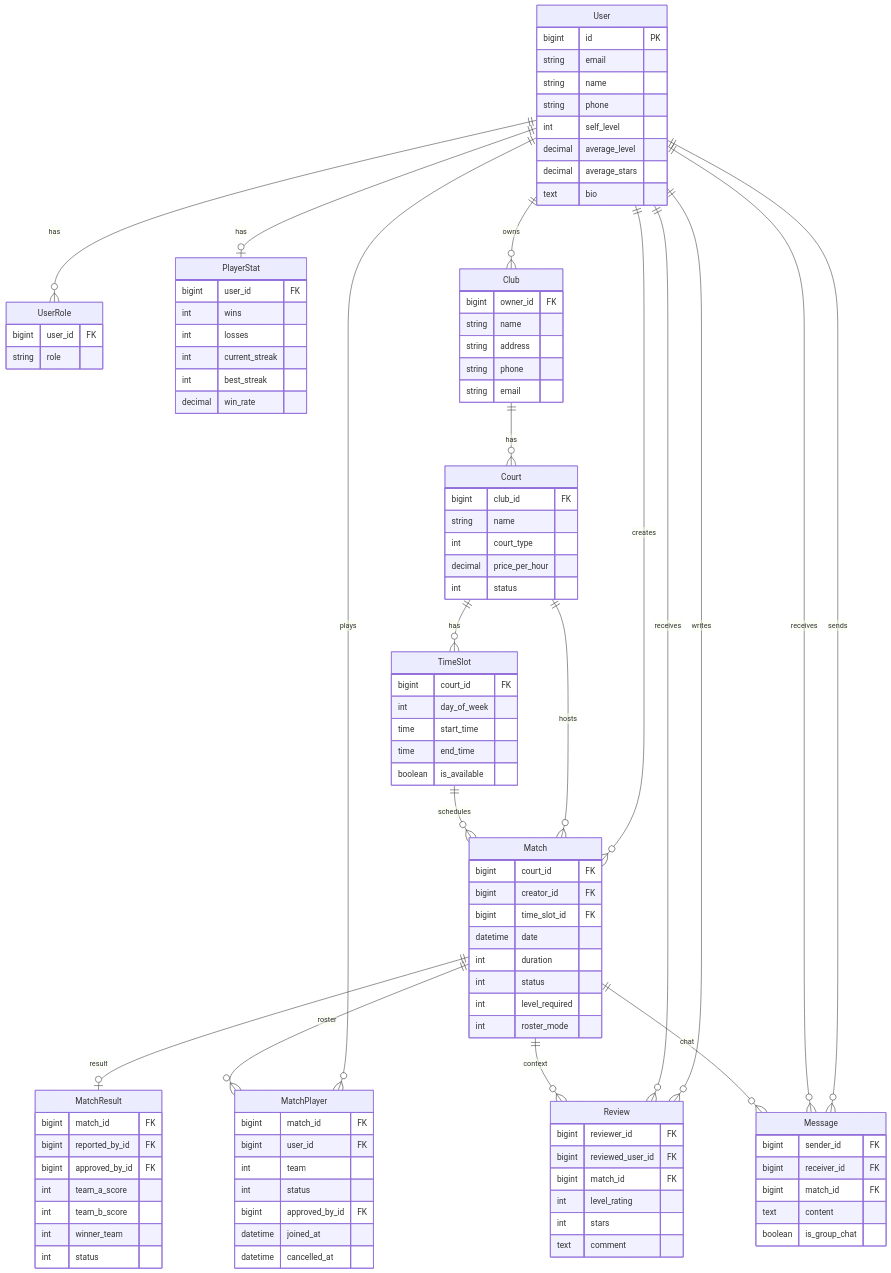
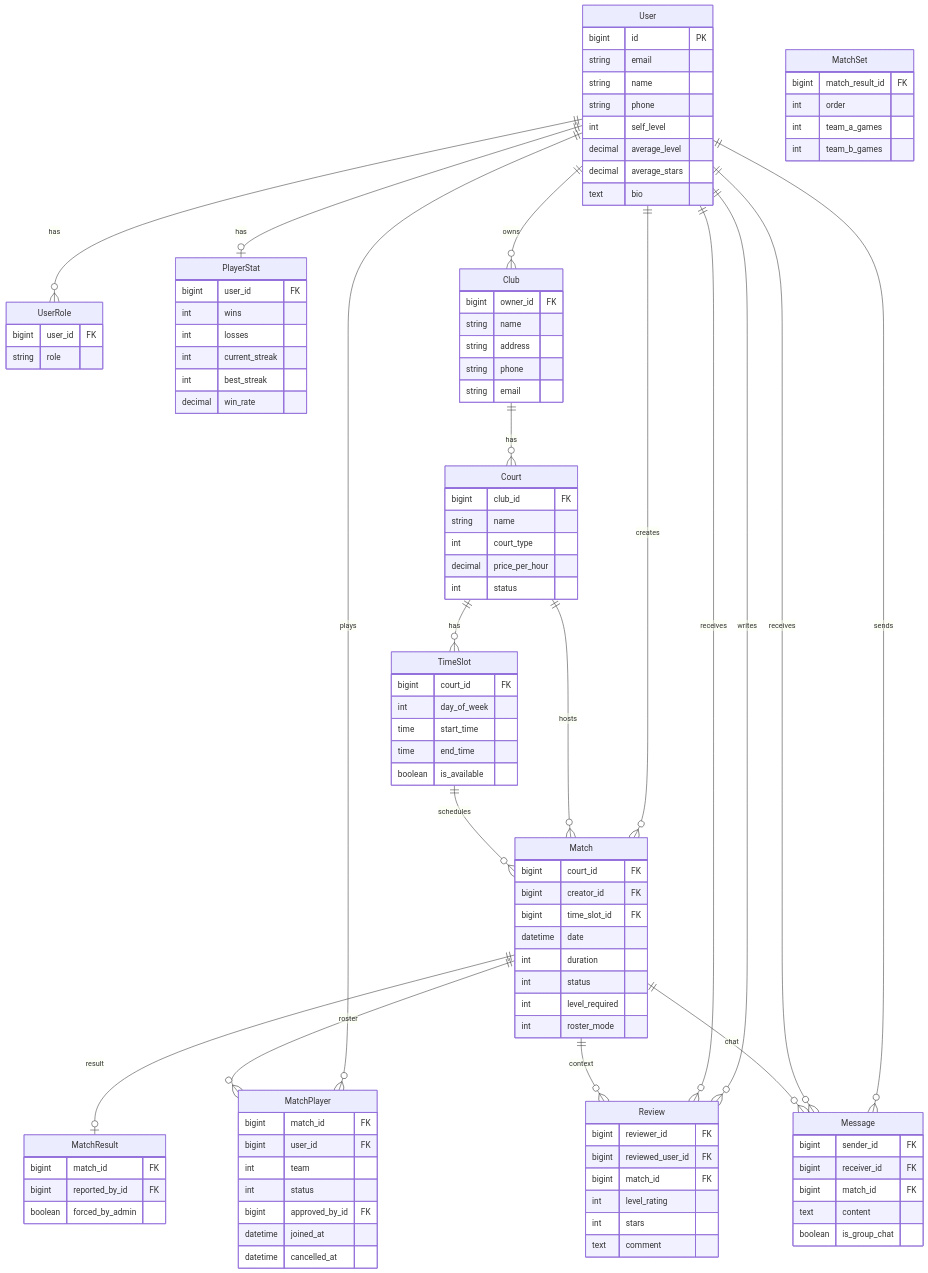
Before and after one commit to Juliantes/tup--ok_padel-ProgIV: the diagram in README.md, drawn with Mermaid. The commit also changed other lines of this file and 21 other files, not shown here.

```diff
--- a/README.md
+++ b/README.md
@@ -229,11 +229,13 @@
   MatchResult {
     bigint match_id FK
     bigint reported_by_id FK
-    bigint approved_by_id FK
-    int team_a_score
-    int team_b_score
-    int winner_team
-    int status
+    boolean forced_by_admin
+  }
+  MatchSet {
+    bigint match_result_id FK
+    int order
+    int team_a_games
+    int team_b_games
   }
   Review {
     bigint reviewer_id FK
```
